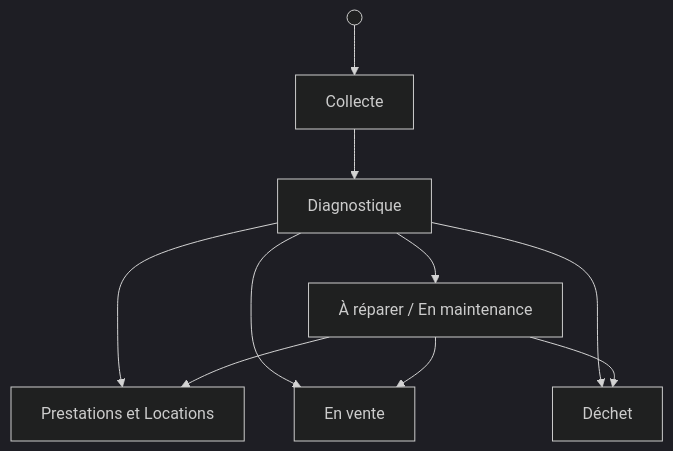
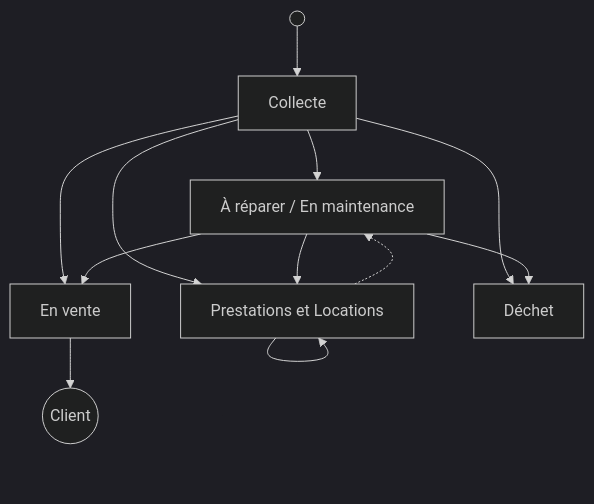
One commit to JohnXLivingston/DolibarrPickup changed the diagram in documentation/content/examples/lrds/workflow/stocks/_index.md. Above: the diagram before and after it, drawn with Mermaid (dark theme). The commit also changed other lines of this file, not shown here.

Commit message:
Documentation: documentation usages LRDS WIP

```diff
--- a/documentation/content/examples/lrds/workflow/stocks/_index.md
+++ b/documentation/content/examples/lrds/workflow/stocks/_index.md
@@ -34,19 +34,23 @@
 {{<mermaid>}}
 graph TD;
   .(( )) --> Collecte[Collecte]
-  Diagnostique[Diagnostique]
   Reparation[À réparer / En maintenance]
   Vente[En vente]
   Location[Prestations et Locations]
   Dechet[Déchet]
+  Client((Client))
 
-  Collecte --> Diagnostique
-  Diagnostique --> Reparation
-  Diagnostique --> Location
-  Diagnostique --> Vente
-  Diagnostique --> Dechet
+  Collecte --> Reparation
+  Collecte --> Location
+  Collecte --> Vente
+  Collecte --> Dechet
 
   Reparation --> Location
   Reparation --> Vente
   Reparation --> Dechet
+
+  Location -.-> Reparation
+  Location --> Location
+
+  Vente --> Client
 {{< /mermaid >}}
```
